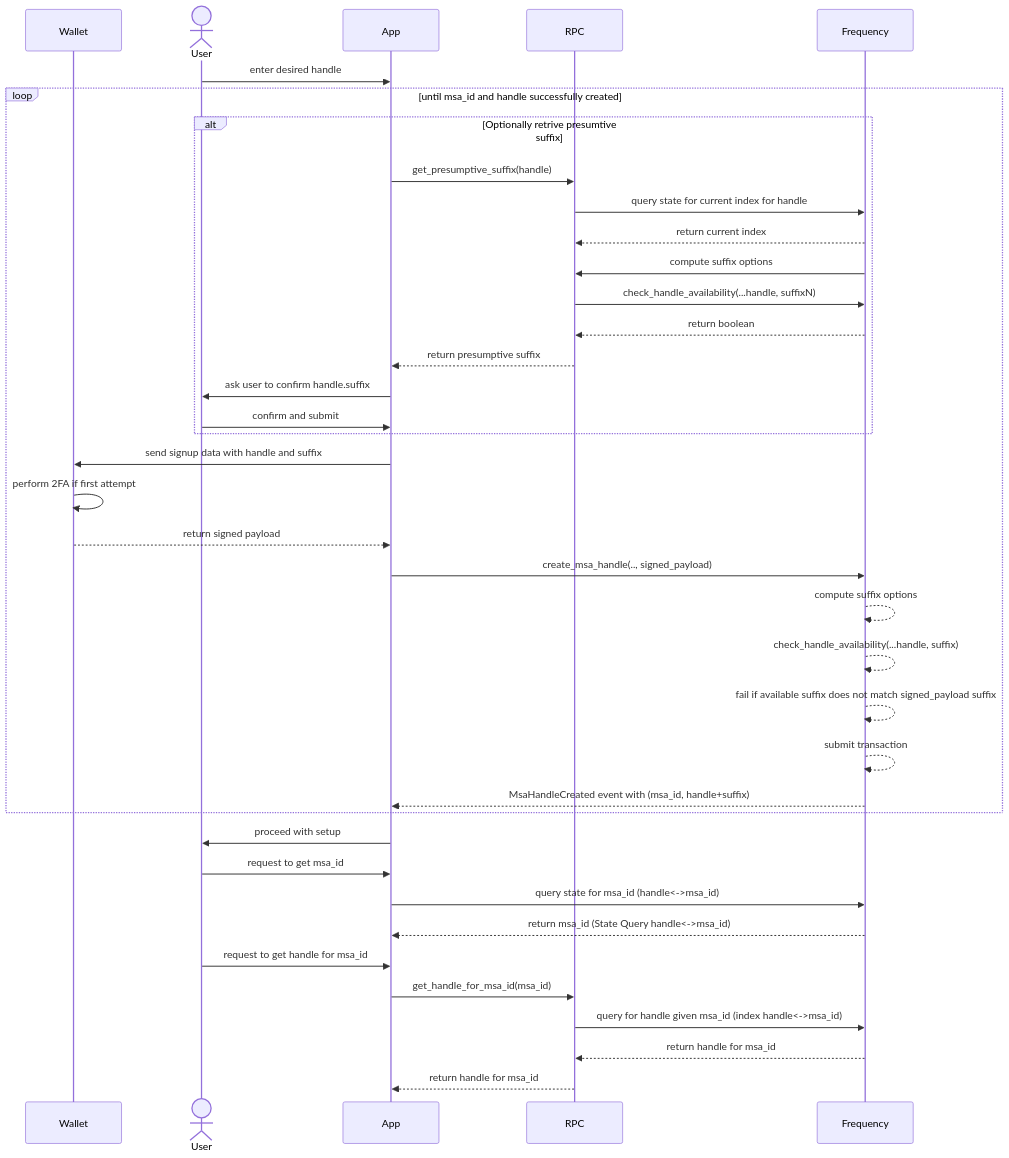
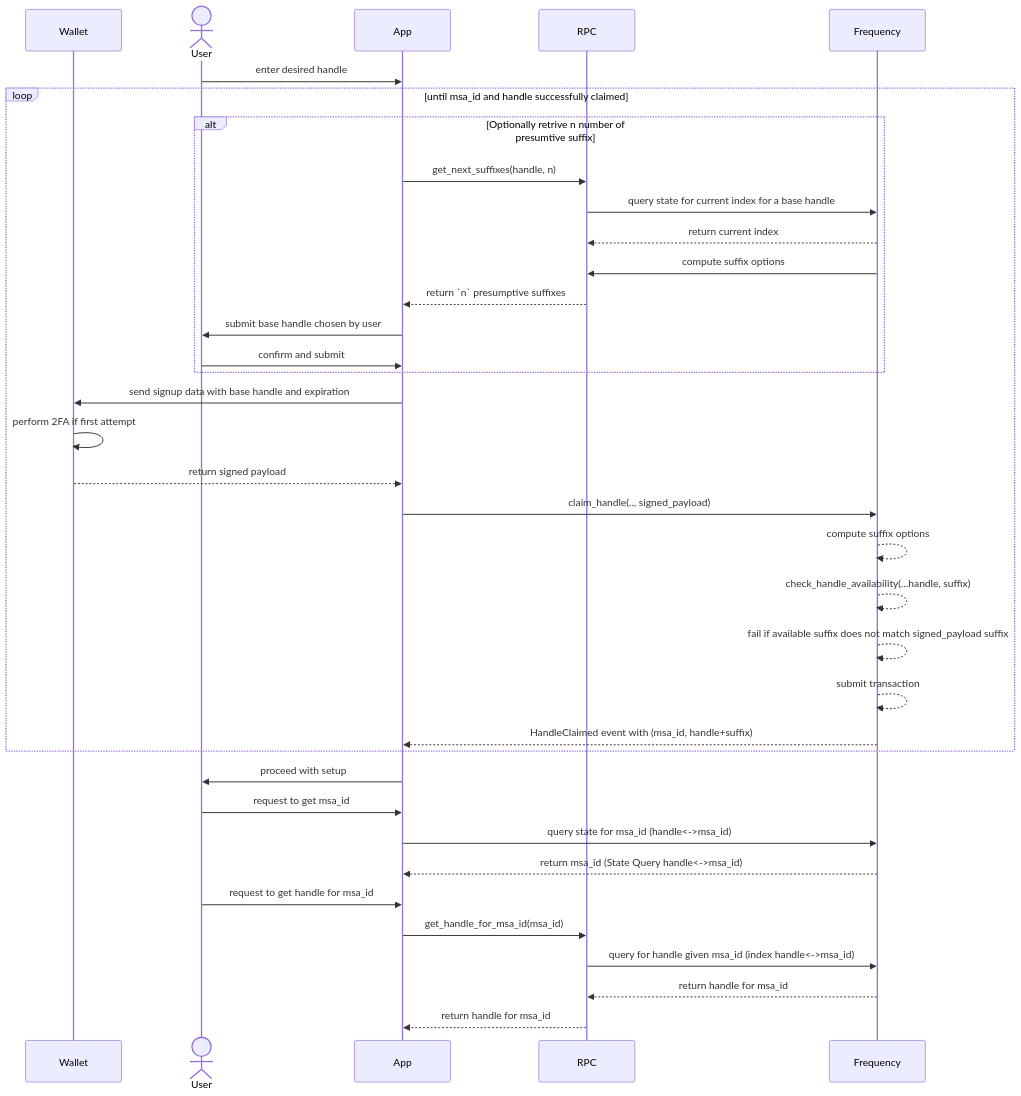
Before and after one commit to frequency-chain/frequency: the diagram in designdocs/user-handles.md, drawn with Mermaid. The commit also changed other lines of this file, not shown here.

````diff
--- a/designdocs/user-handles.md
+++ b/designdocs/user-handles.md
@@ -68,40 +77,38 @@
 ```mermaid
 sequenceDiagram
     participant Wallet
     actor User
     participant App
     participant RPC
     participant Frequency
     User->>App: enter desired handle
-    loop until msa_id and handle successfully created
-        alt Optionally retrive presumtive suffix
-        App->>RPC: get_presumptive_suffix(handle)
-        RPC->>Frequency: query state for current index for handle
+    loop until msa_id and handle successfully claimed
+        alt Optionally retrive n number of presumtive suffix
+        App->>RPC: get_next_suffixes(handle, n)
+        RPC->>Frequency: query state for current index for a base handle
         Frequency-->>RPC: return current index
         Frequency->>RPC: compute suffix options
-            RPC->>Frequency: check_handle_availability(...handle, suffixN)
-            Frequency-->>RPC: return boolean
-        RPC-->>App: return presumptive suffix
-        App->>User: ask user to confirm handle.suffix
+        RPC-->>App: return `n` presumptive suffixes
+        App->>User: submit base handle chosen by user
         User->>App: confirm and submit
         end
-        App->>Wallet: send signup data with handle and suffix
+        App->>Wallet: send signup data with base handle and expiration
         Wallet->>Wallet: perform 2FA if first attempt
         Wallet-->>App: return signed payload
-        App->>Frequency: create_msa_handle(.., signed_payload)
+        App->>Frequency: claim_handle(.., signed_payload)
         Frequency-->>Frequency: compute suffix options
         Frequency-->>Frequency: check_handle_availability(...handle, suffix)
         Frequency-->>Frequency: fail if available suffix does not match signed_payload suffix
         Frequency-->>Frequency: submit transaction
-        Frequency-->>App: MsaHandleCreated event with (msa_id, handle+suffix)
+        Frequency-->>App: HandleClaimed event with (msa_id, handle+suffix)
     end
     App->>User: proceed with setup
     User->>App: request to get msa_id
     App->>Frequency: query state for msa_id (handle<->msa_id)
     Frequency-->>App: return msa_id (State Query handle<->msa_id)
     User->>App: request to get handle for msa_id
     App->>RPC: get_handle_for_msa_id(msa_id)
     RPC->>Frequency: query for handle given msa_id (index handle<->msa_id)
     Frequency-->>RPC: return handle for msa_id
     RPC-->>App: return handle for msa_id
 ```
````
